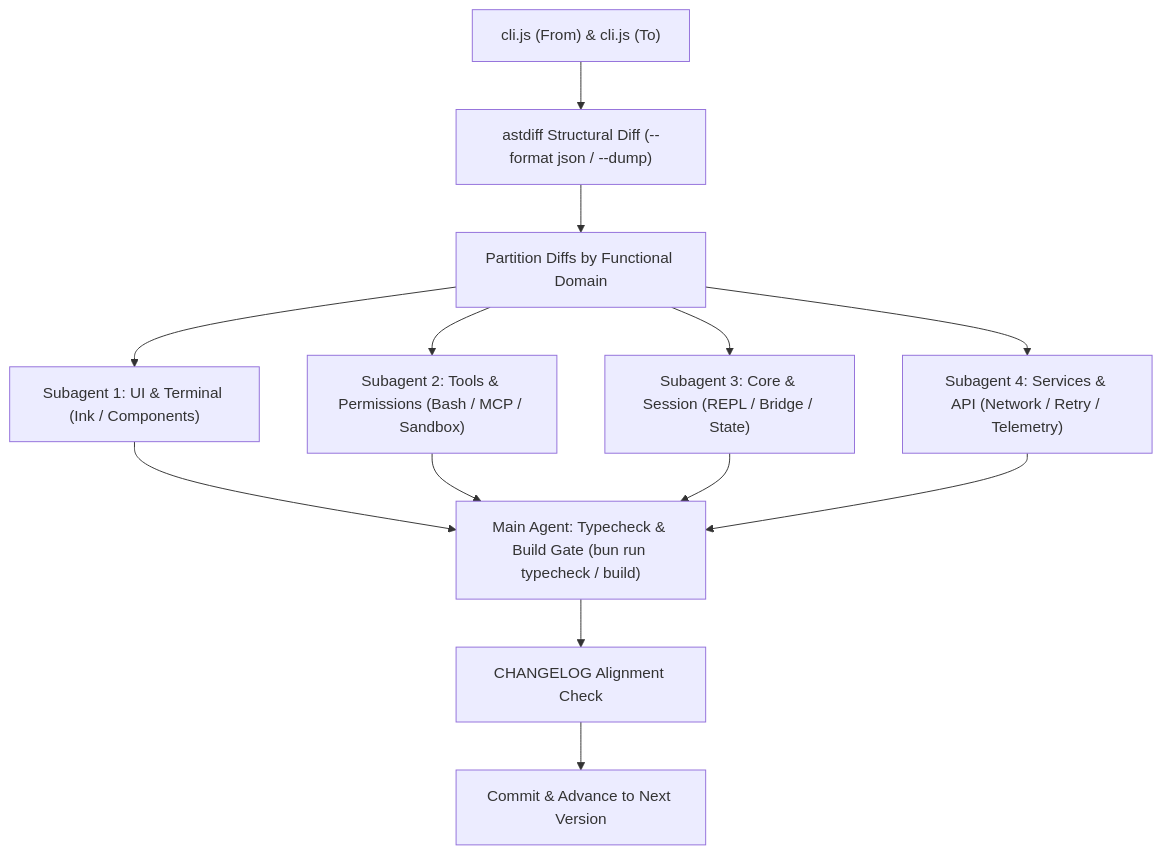
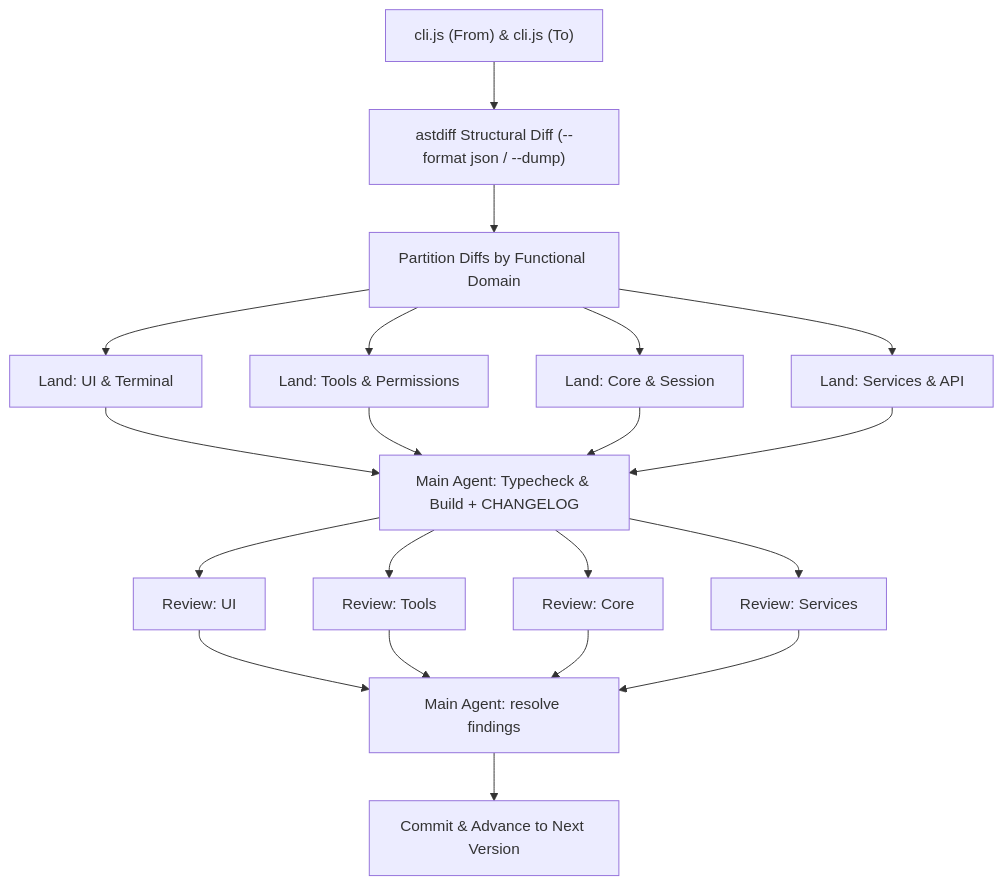
One commit to BeatSeat/ClaudeCodeRev changed the diagram in .cursor/skills/incremental-ts-restore/reference/multi-subagent-workflow.md. Above: the diagram before and after it, drawn with Mermaid. The commit also changed other lines of this file and 66 other files, not shown here.

````diff
--- a/.cursor/skills/incremental-ts-restore/reference/multi-subagent-workflow.md
+++ b/.cursor/skills/incremental-ts-restore/reference/multi-subagent-workflow.md
@@ -7,15 +7,22 @@
 ```mermaid
 flowchart TD
     A["cli.js (From) & cli.js (To)"] --> B["astdiff Structural Diff (--format json / --dump)"]
     B --> C["Partition Diffs by Functional Domain"]
-    C --> D1["Subagent 1: UI & Terminal (Ink / Components)"]
-    C --> D2["Subagent 2: Tools & Permissions (Bash / MCP / Sandbox)"]
-    C --> D3["Subagent 3: Core & Session (REPL / Bridge / State)"]
-    C --> D4["Subagent 4: Services & API (Network / Retry / Telemetry)"]
-    D1 --> E["Main Agent: Typecheck & Build Gate (bun run typecheck / build)"]
+    C --> D1["Land: UI & Terminal"]
+    C --> D2["Land: Tools & Permissions"]
+    C --> D3["Land: Core & Session"]
+    C --> D4["Land: Services & API"]
+    D1 --> E["Main Agent: Typecheck & Build + CHANGELOG"]
     D2 --> E
     D3 --> E
     D4 --> E
-    E --> F["CHANGELOG Alignment Check"]
+    E --> R1["Review: UI"]
+    E --> R2["Review: Tools"]
+    E --> R3["Review: Core"]
+    E --> R4["Review: Services"]
+    R1 --> F["Main Agent: resolve findings"]
+    R2 --> F
+    R3 --> F
+    R4 --> F
     F --> G["Commit & Advance to Next Version"]
 ```
````
